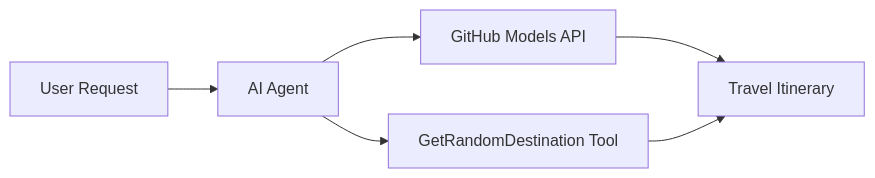
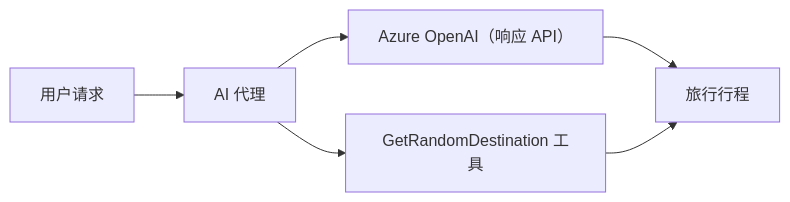
One commit to venturemavenwill/azureaifundamentals changed the diagram in translations/zh-CN/01-intro-to-ai-agents/code_samples/01-dotnet-agent-framework.md. Above: the diagram before and after it, drawn with Mermaid. The commit also changed other lines of this file and 4861 other files, not shown here.

````diff
--- a/translations/zh-CN/01-intro-to-ai-agents/code_samples/01-dotnet-agent-framework.md
+++ b/translations/zh-CN/01-intro-to-ai-agents/code_samples/01-dotnet-agent-framework.md
@@ -32,8 +32,8 @@
 ```mermaid
 graph LR
-    A[User Request] --> B[AI Agent]
-    B --> C[GitHub Models API]
-    B --> D[GetRandomDestination Tool]
-    C --> E[Travel Itinerary]
+    A[用户请求] --> B[AI 代理]
+    B --> C[Azure OpenAI（响应 API）]
+    B --> D[GetRandomDestination 工具]
+    C --> E[旅行行程]
     D --> E
 ```
````
